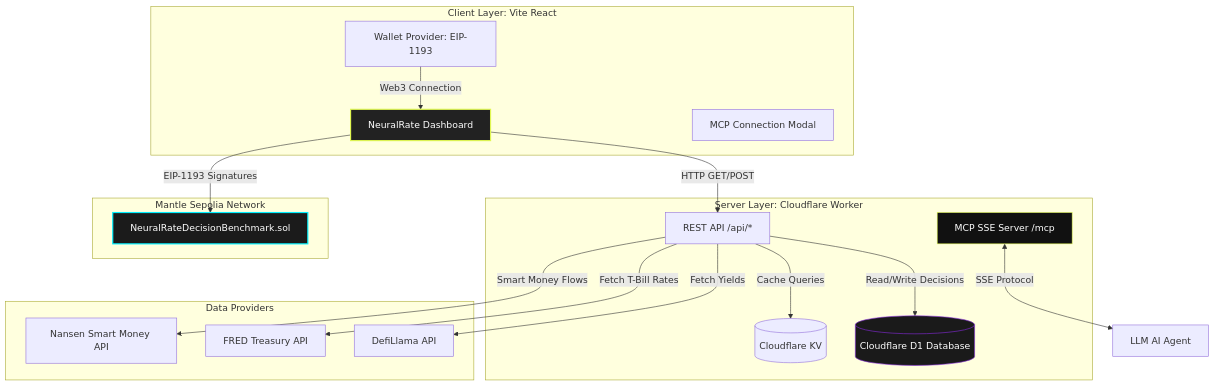
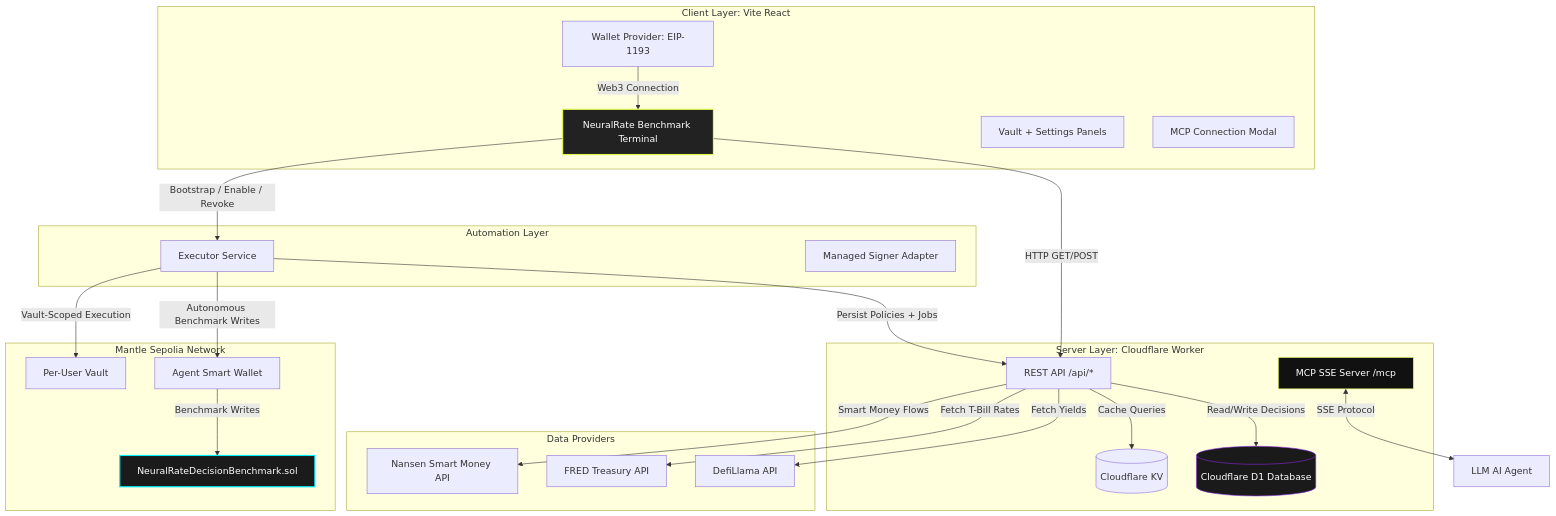
Before and after one commit to Lipe-lx/NeuralRate-MCP: the diagram in docs/architecture.md, drawn with Mermaid. The commit also changed other lines of this file and 54 other files, not shown here.

````diff
--- a/docs/architecture.md
+++ b/docs/architecture.md
@@ -15,43 +16,55 @@
 ```mermaid
 graph TB
     subgraph Frontend [Client Layer: Vite React]
-        UI[NeuralRate Dashboard]
+        UI[NeuralRate Benchmark Terminal]
         WC[Wallet Provider: EIP-1193]
+        VP[Vault + Settings Panels]
         MC[MCP Connection Modal]
     end
 
     subgraph Backend [Server Layer: Cloudflare Worker]
         API[REST API /api/*]
         MCP[MCP SSE Server /mcp]
         KV[(Cloudflare KV)]
         D1[(Cloudflare D1 Database)]
     end
 
+    subgraph Executor [Automation Layer]
+        EX[Executor Service]
+        MS[Managed Signer Adapter]
+    end
+
     subgraph External [Data Providers]
         DL[DefiLlama API]
         FR[FRED Treasury API]
         NS[Nansen Smart Money API]
     end
 
     subgraph Blockchain [Mantle Sepolia Network]
         SC[NeuralRateDecisionBenchmark.sol]
+        USA[Per-User Vault]
+        ASW[Agent Smart Wallet]
     end
 
     %% Interactions
     UI -->|HTTP GET/POST| API
-    UI -->|EIP-1193 Signatures| SC
+    UI -->|Bootstrap / Enable / Revoke| EX
     WC -->|Web3 Connection| UI
     MCP <-->|SSE Protocol| Agent[LLM AI Agent]
     
     API -->|Read/Write Decisions| D1
     API -->|Cache Queries| KV
+    EX -->|Persist Policies + Jobs| API
+    EX -->|Autonomous Benchmark Writes| ASW
+    EX -->|Vault-Scoped Execution| USA
+    ASW -->|Benchmark Writes| SC
     
     API -->|Fetch Yields| DL
     API -->|Fetch T-Bill Rates| FR
     API -->|Smart Money Flows| NS
 
     style UI fill:#222,stroke:#DFF651,stroke-width:2px,color:#fff
     style MCP fill:#111,stroke:#DFF651,stroke-width:1px,color:#fff
     style SC fill:#1b1b1b,stroke:#00F0FF,stroke-width:2px,color:#fff
     style D1 fill:#1a1a1a,stroke:#8A2BE2,stroke-width:1px,color:#fff
 ```
````
